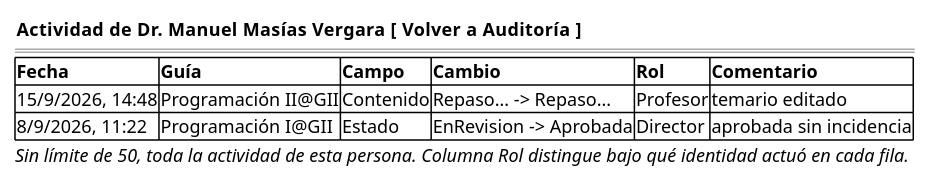
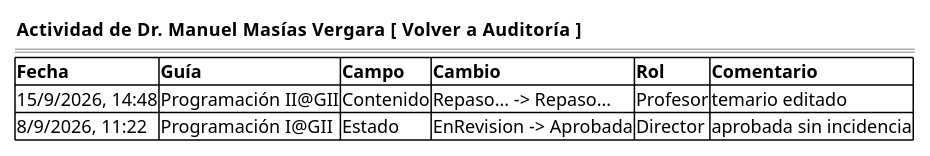
Before and after one commit to mmasias/pyCeldaPublico: the second of 2 diagrams in RUP/01-requisitos/03-detalle-casos-uso/consultarHistorialCambios/wireframes.puml, drawn with PlantUML. The commit also changed other lines of this file and 58 other files, not shown here.

First line of the commit message:
docs: diagramas de requisitos sin notas internas y manual de Cursos académicos y Auditoría (pyCelda 5dcbdc66)

```diff
--- a/RUP/01-requisitos/03-detalle-casos-uso/consultarHistorialCambios/wireframes.puml
+++ b/RUP/01-requisitos/03-detalle-casos-uso/consultarHistorialCambios/wireframes.puml
@@ -22,12 +21,11 @@
 @startsalt consultarHistorialCambios-wireframe-autor
 {
     { <b>Actividad de Dr. Manuel Masías Vergara     [ Volver a Auditoría ] }
     ====
     {#
         <b>Fecha | <b>Guía | <b>Campo | <b>Cambio | <b>Rol | <b>Comentario
         15/9/2026, 14:48 | Programación II@GII | Contenido | Repaso... -> Repaso... | Profesor | temario editado
         8/9/2026, 11:22 | Programación I@GII | Estado | EnRevision -> Aprobada | Director | aprobada sin incidencia
     }
-    <i>Sin límite de 50, toda la actividad de esta persona. Columna Rol distingue bajo qué identidad actuó en cada fila.</i>
 }
 @endsalt
```
